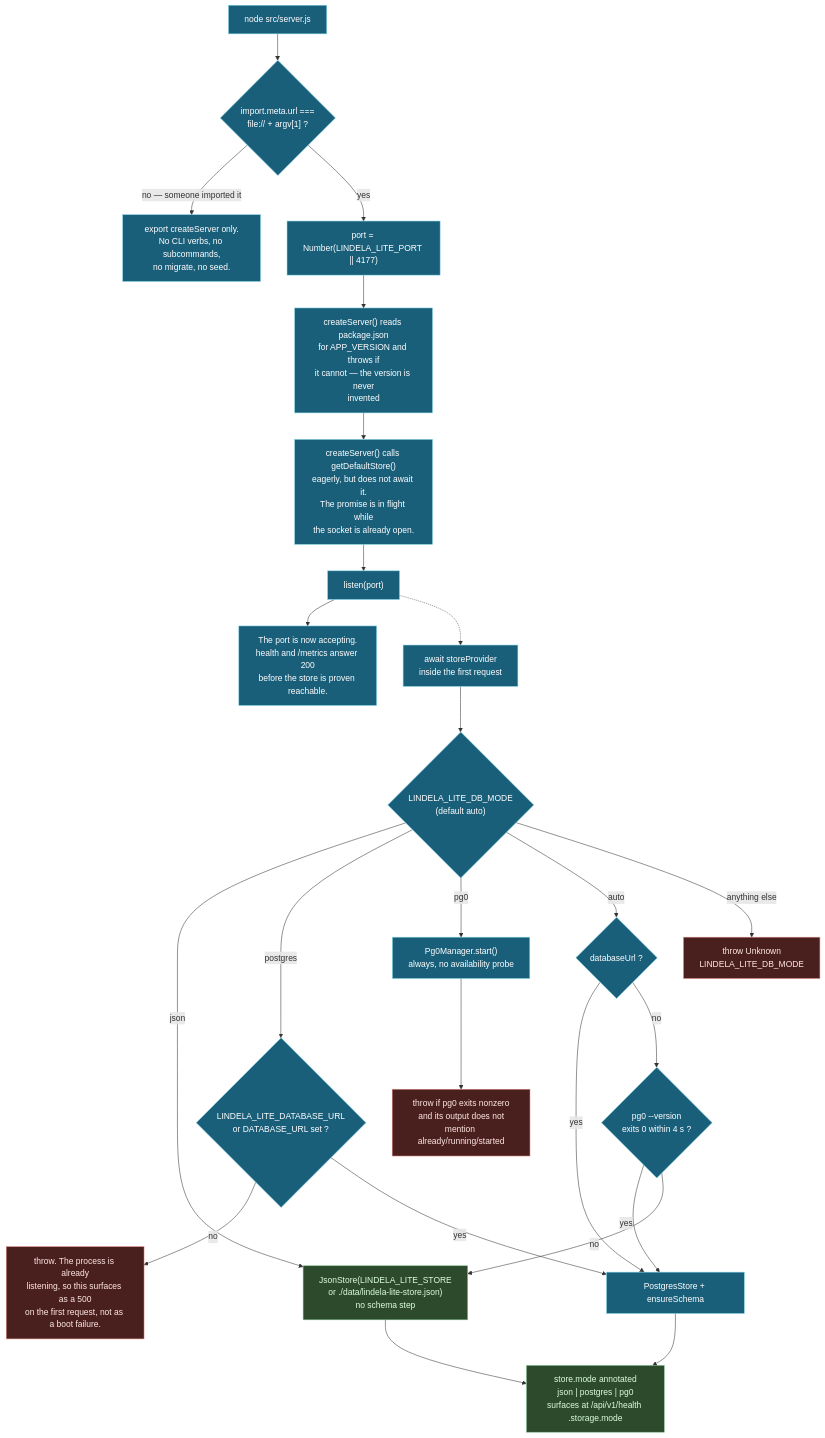
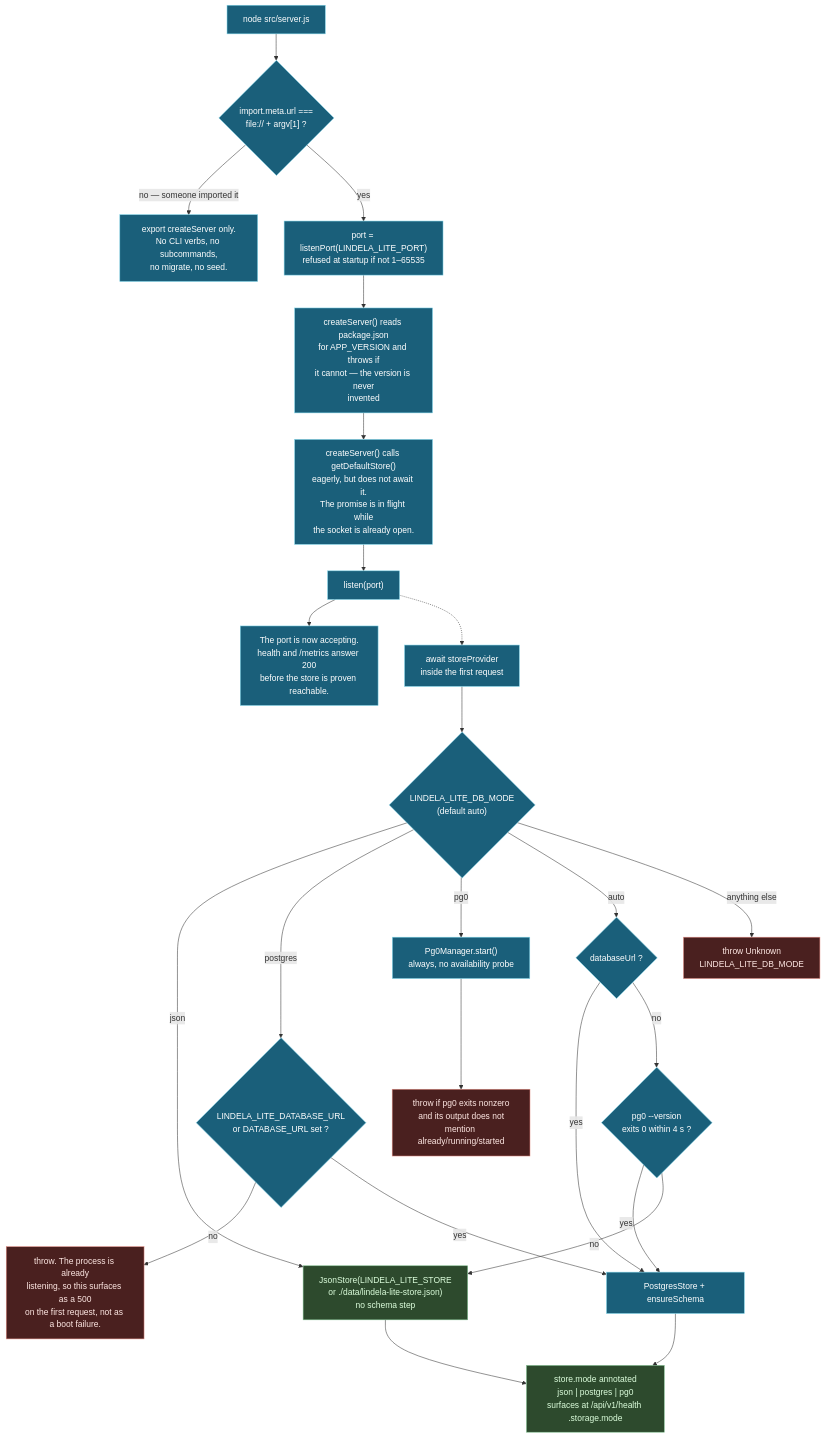
One commit to nyimbi/lindela-lite changed the second of 3 diagrams in docs/architecture/deployment.md. Above: the diagram before and after it, drawn with Mermaid. The commit also changed other lines of this file and 3 other files, not shown here.

````diff
--- a/docs/architecture/deployment.md
+++ b/docs/architecture/deployment.md
@@ -88,35 +97,35 @@
 ```mermaid
 flowchart TD
   N["node src/server.js"] --> G{"import.meta.url ===<br/>file:// + argv[1] ?"}
   G -->|"no — someone imported it"| X["export createServer only.<br/>No CLI verbs, no subcommands,<br/>no migrate, no seed."]
-  G -->|"yes"| P["port = Number(LINDELA_LITE_PORT || 4177)"]
+  G -->|"yes"| P["port = listenPort(LINDELA_LITE_PORT)<br/>refused at startup if not 1–65535"]
   P --> V["createServer() reads package.json<br/>for APP_VERSION and throws if<br/>it cannot — the version is never<br/>invented"]
   V --> SP["createServer() calls getDefaultStore()<br/>eagerly, but does not await it.<br/>The promise is in flight while<br/>the socket is already open."]
   SP --> L["listen(port)"]
   L --> LIVE["The port is now accepting.<br/>health and /metrics answer 200<br/>before the store is proven reachable."]
   L -.-> ST["await storeProvider<br/>inside the first request"]
 
   ST --> M{"LINDELA_LITE_DB_MODE<br/>(default auto)"}
   M -->|"json"| J["JsonStore(LINDELA_LITE_STORE<br/>or ./data/lindela-lite-store.json)<br/>no schema step"]
   M -->|"postgres"| PG{"LINDELA_LITE_DATABASE_URL<br/>or DATABASE_URL set ?"}
   PG -->|"no"| FAILPG["throw. The process is already<br/>listening, so this surfaces as a 500<br/>on the first request, not as a boot failure."]
   PG -->|"yes"| CONN["PostgresStore + ensureSchema"]
   M -->|"pg0"| P0["Pg0Manager.start()<br/>always, no availability probe"]
   P0 --> FAILP0["throw if pg0 exits nonzero<br/>and its output does not<br/>mention already/running/started"]
   M -->|"auto"| AUTO{"databaseUrl ?"}
   AUTO -->|"yes"| CONN
   AUTO -->|"no"| AVAIL{"pg0 --version<br/>exits 0 within 4 s ?"}
   AVAIL -->|"yes"| CONN
   AVAIL -->|"no"| J
   M -->|"anything else"| FAILMODE["throw Unknown<br/>LINDELA_LITE_DB_MODE"]
 
   CONN --> OK["store.mode annotated<br/>json | postgres | pg0<br/>surfaces at /api/v1/health .storage.mode"]
   J --> OK
 
   classDef fatal fill:#4a201f,stroke:#e08a80,color:#ffe8e4
   classDef ok fill:#2d4a2d,stroke:#7fbf8f,color:#dfd
   classDef mid fill:#1a5f7a,stroke:#7fd4e8,color:#fff
   class FAILPG,FAILP0,FAILMODE fatal
   class OK,J ok
   class N,P,V,SP,L,LIVE,ST,M,PG,CONN,P0,AUTO,AVAIL,G,X mid
 ```
````
